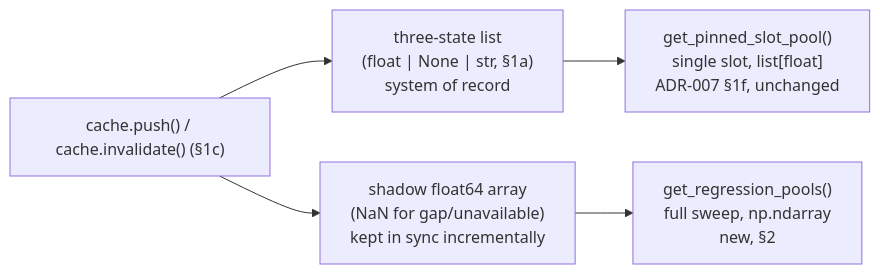
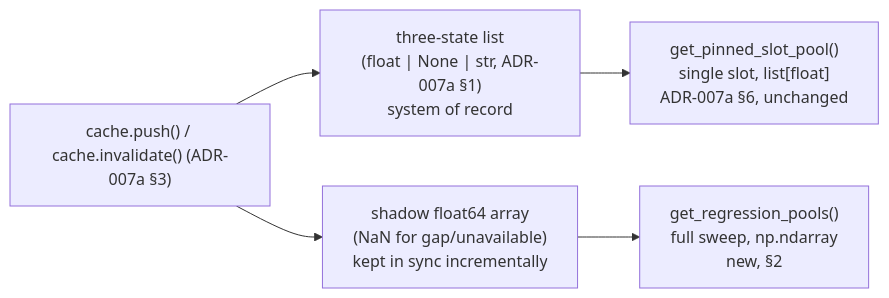
The diagram in adr/008-numpy-backend-and-cache-array-accessor.md (eschnepel/shady), drawn with Mermaid before and after one commit. The commit also changed other lines of this file and 12 other files, not shown here.

Commit message:
ADR for Cache storage

````diff
--- a/adr/008-numpy-backend-and-cache-array-accessor.md
+++ b/adr/008-numpy-backend-and-cache-array-accessor.md
@@ -122,13 +122,13 @@
 ```mermaid
 flowchart LR
-    push["cache.push() / cache.invalidate() (§1c)"]
-    list3["three-state list\n(float | None | str, §1a)\nsystem of record"]
+    push["cache.push() / cache.invalidate() (ADR-007a §3)"]
+    list3["three-state list\n(float | None | str, ADR-007a §1)\nsystem of record"]
     shadow["shadow float64 array\n(NaN for gap/unavailable)\nkept in sync incrementally"]
-    pinnedpool["get_pinned_slot_pool()\nsingle slot, list[float]\nADR-007 §1f, unchanged"]
+    pinnedpool["get_pinned_slot_pool()\nsingle slot, list[float]\nADR-007a §6, unchanged"]
     regpools["get_regression_pools()\nfull sweep, np.ndarray\nnew, §2"]
 
     push --> list3
     push --> shadow
     list3 --> pinnedpool
     shadow --> regpools
 ```
````
